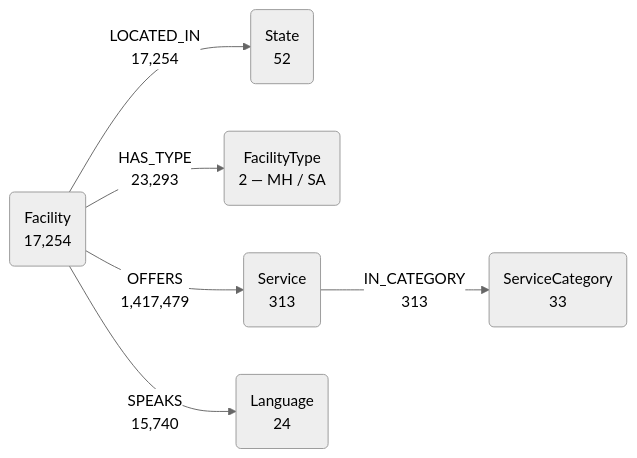
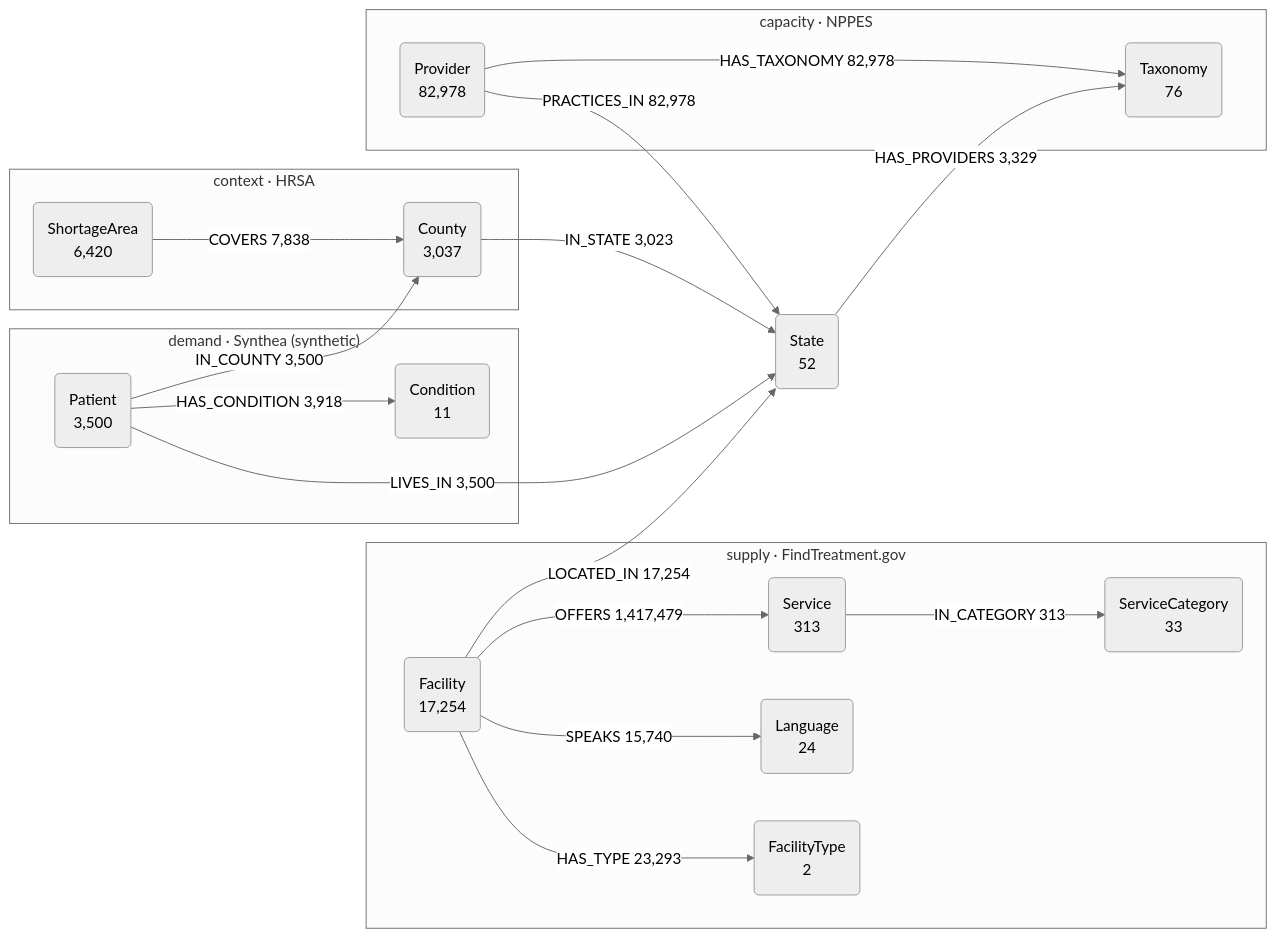
The diagram in README.md (samyama-ai/mental-health-kg), drawn with Mermaid (neutral theme) before and after one commit. The commit also changed other lines of this file and 6 other files, not shown here.

````diff
--- a/README.md
+++ b/README.md
@@ -55,15 +58,37 @@
 ```mermaid
 graph LR
-    F("Facility<br/>17,254")
+    subgraph supply["supply · FindTreatment.gov"]
+        F("Facility<br/>17,254")
+        SV("Service<br/>313")
+        SC("ServiceCategory<br/>33")
+        L("Language<br/>24")
+        FT("FacilityType<br/>2")
+    end
+    subgraph capacity["capacity · NPPES"]
+        PR("Provider<br/>82,978")
+        TX("Taxonomy<br/>76")
+    end
+    subgraph shortage["context · HRSA"]
+        SA("ShortageArea<br/>6,420")
+        CT("County<br/>3,037")
+    end
+    subgraph demand["demand · Synthea (synthetic)"]
+        PA("Patient<br/>3,500")
+        CO("Condition<br/>11")
+    end
     S("State<br/>52")
-    FT("FacilityType<br/>2 — MH / SA")
-    SV("Service<br/>313")
-    SC("ServiceCategory<br/>33")
-    L("Language<br/>24")
 
-    F -- "LOCATED_IN<br/>17,254" --> S
-    F -- "HAS_TYPE<br/>23,293" --> FT
-    F -- "OFFERS<br/>1,417,479" --> SV
-    F -- "SPEAKS<br/>15,740" --> L
-    SV -- "IN_CATEGORY<br/>313" --> SC
+    F -- "OFFERS 1,417,479" --> SV
+    F -- "SPEAKS 15,740" --> L
+    F -- "HAS_TYPE 23,293" --> FT
+    F -- "LOCATED_IN 17,254" --> S
+    SV -- "IN_CATEGORY 313" --> SC
+    PR -- "HAS_TAXONOMY 82,978" --> TX
+    PR -- "PRACTICES_IN 82,978" --> S
+    S -- "HAS_PROVIDERS 3,329" --> TX
+    SA -- "COVERS 7,838" --> CT
+    CT -- "IN_STATE 3,023" --> S
+    PA -- "HAS_CONDITION 3,918" --> CO
+    PA -- "LIVES_IN 3,500" --> S
+    PA -- "IN_COUNTY 3,500" --> CT
 ```
````
